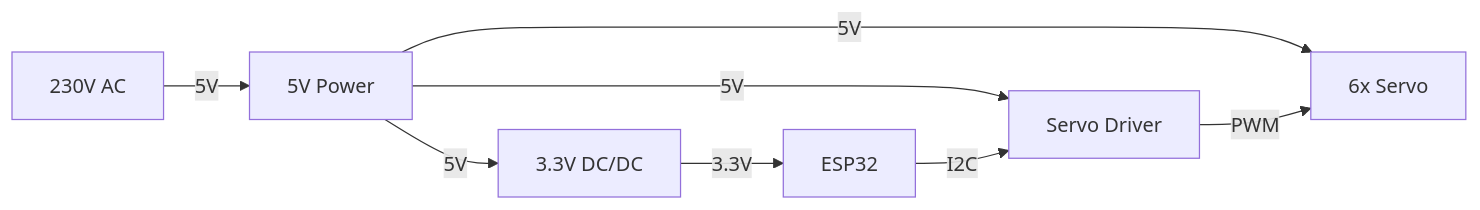
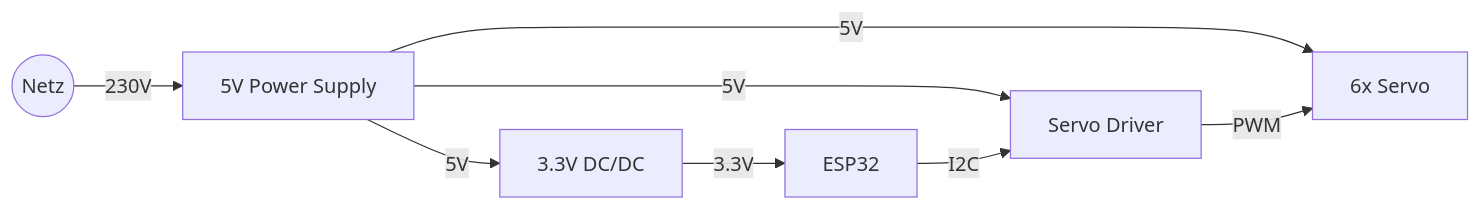
The diagram in doc/hw/hardware.md (butz1999/inverse_kinematik), drawn with Mermaid before and after one commit. The commit also changed other lines of this file and 12 other files, not shown here.

````diff
--- a/doc/hw/hardware.md
+++ b/doc/hw/hardware.md
@@ -19,12 +19,12 @@
 ```mermaid
 flowchart LR
-    AC[230V AC] -->|5V| P5[5V Power]
+    AC((Netz)) -->|230V| P5[5V Power Supply]
     P5 -->|5V| DC3V3[3.3V DC/DC]
     P5 -->|5V| DRIVER[Servo Driver]
     P5 -->|5V| SERVOS[6x Servo]
 
     DC3V3 -->|3.3V| ESP[ESP32]
 
     ESP -->|I2C| DRIVER
     DRIVER -->|PWM| SERVOS
 ```
````
